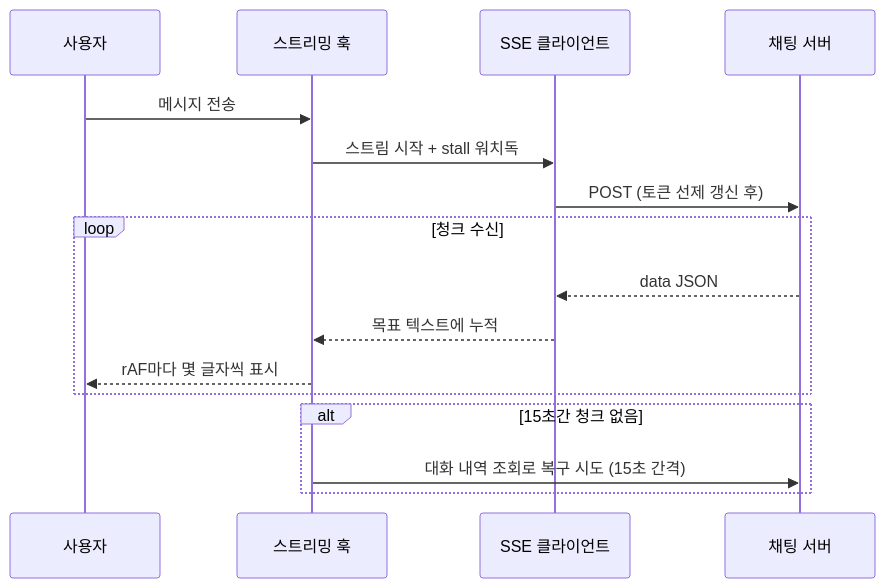
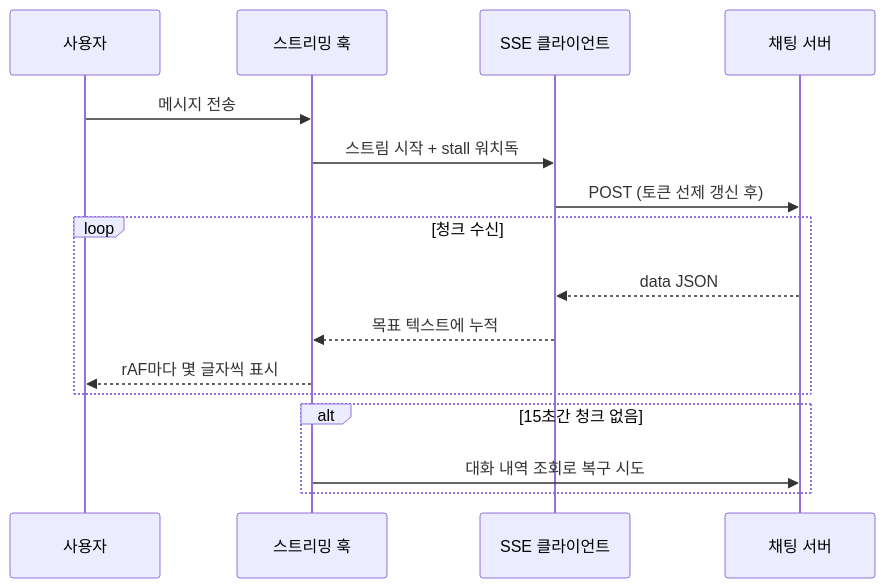
The diagram in posts/ai-fortune-app.md (woojung1234/dev-log), drawn with Mermaid before and after one commit. The commit also changed other lines of this file and 4 other files, not shown here.

````diff
--- a/posts/ai-fortune-app.md
+++ b/posts/ai-fortune-app.md
@@ -91,18 +40,18 @@
 ```mermaid
 sequenceDiagram
     participant U as 사용자
     participant H as 스트리밍 훅
     participant C as SSE 클라이언트
     participant S as 채팅 서버
     U->>H: 메시지 전송
     H->>C: 스트림 시작 + stall 워치독
     C->>S: POST (토큰 선제 갱신 후)
     loop 청크 수신
         S-->>C: data JSON
         C-->>H: 목표 텍스트에 누적
         H-->>U: rAF마다 몇 글자씩 표시
     end
     alt 15초간 청크 없음
-        H->>S: 대화 내역 조회로 복구 시도 (15초 간격)
+        H->>S: 대화 내역 조회로 복구 시도
     end
 ```
````
